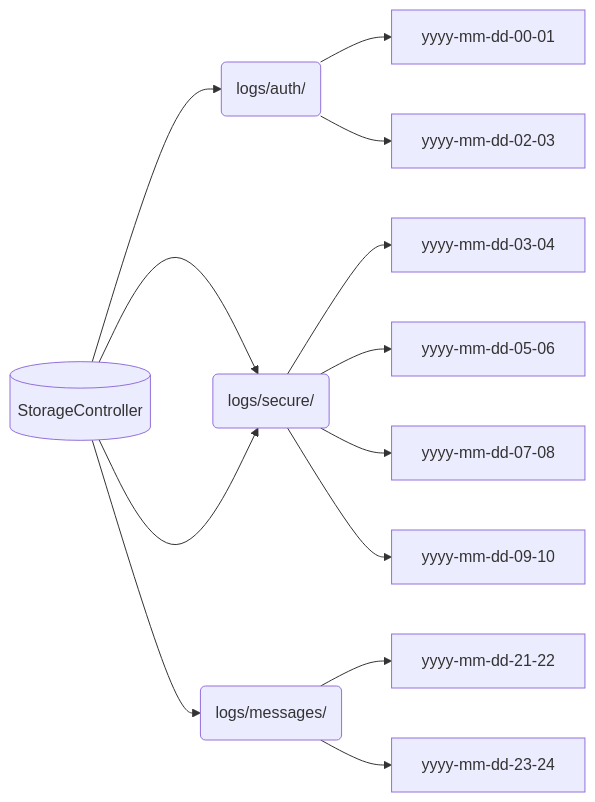
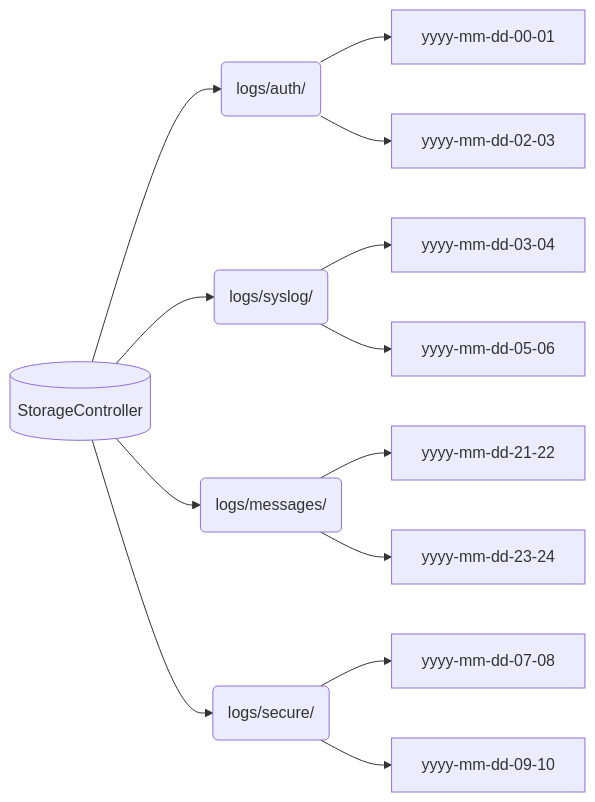
Before and after one commit to endepointe/watchlog: the second of 2 diagrams in docs/README.md, drawn with Mermaid.

````diff
--- a/docs/README.md
+++ b/docs/README.md
@@ -129,15 +129,15 @@
 ```mermaid
 graph LR
-S[(StorageController)] --> la(logs/auth/)
-S --> ls(logs/syslog/)
-S --> lm(logs/messages/)
-S --> ls(logs/secure/)
-la --> yyyy-mm-dd-00-01
-la --> yyyy-mm-dd-02-03
-ls --> yyyy-mm-dd-03-04
-ls --> yyyy-mm-dd-05-06
-lm --> yyyy-mm-dd-21-22
-lm --> yyyy-mm-dd-23-24
-ls --> yyyy-mm-dd-07-08
-ls --> yyyy-mm-dd-09-10
+S[(StorageController)] --> l1(logs/auth/)
+S --> l2(logs/syslog/)
+S --> l3(logs/messages/)
+S --> l4(logs/secure/)
+l1 --> yyyy-mm-dd-00-01
+l1 --> yyyy-mm-dd-02-03
+l2 --> yyyy-mm-dd-03-04
+l2 --> yyyy-mm-dd-05-06
+l3 --> yyyy-mm-dd-21-22
+l3 --> yyyy-mm-dd-23-24
+l4 --> yyyy-mm-dd-07-08
+l4 --> yyyy-mm-dd-09-10
 ```
````
